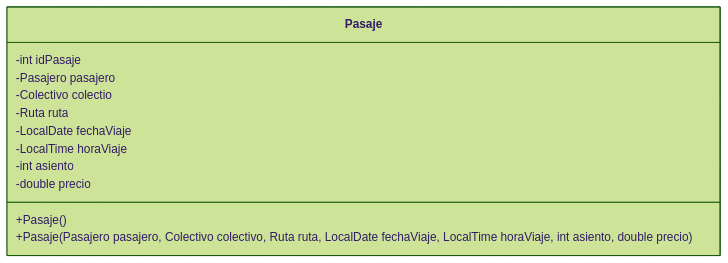
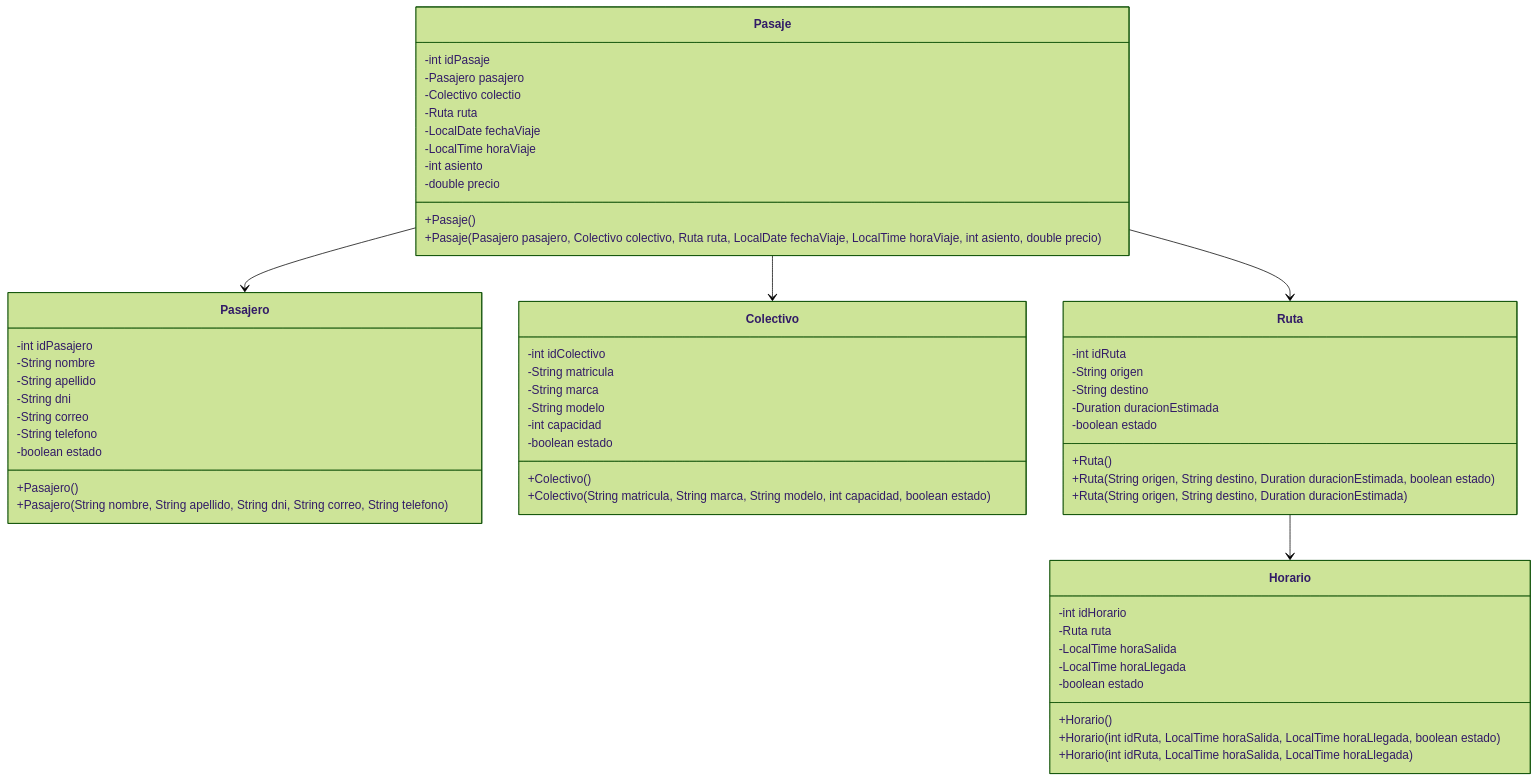
The diagram in EmpresaDeColectivo_Grupo3/src/EmpresaDeColectivo/Entidades/classDiagram.md (adamulp/ProyectoFinal-empresa-de-colectivos), drawn with Mermaid (forest theme) before and after one commit.

````diff
--- a/EmpresaDeColectivo_Grupo3/src/EmpresaDeColectivo/Entidades/classDiagram.md
+++ b/EmpresaDeColectivo_Grupo3/src/EmpresaDeColectivo/Entidades/classDiagram.md
@@ -16,15 +1,63 @@
 ```mermaid
 classDiagram
+    class Pasajero {
+        -int idPasajero
+        -String nombre
+        -String apellido
+        -String dni
+        -String correo
+        -String telefono
+        -boolean estado
+        +Pasajero()
+        +Pasajero(String nombre, String apellido, String dni, String correo, String telefono)
+    }
+
+    class Colectivo {
+        -int idColectivo
+        -String matricula
+        -String marca
+        -String modelo
+        -int capacidad
+        -boolean estado
+        +Colectivo()
+        +Colectivo(String matricula, String marca, String modelo, int capacidad, boolean estado)
+    }
+
+    class Ruta {
+        -int idRuta
+        -String origen
+        -String destino
+        -Duration duracionEstimada
+        -boolean estado
+        +Ruta()
+        +Ruta(String origen, String destino, Duration duracionEstimada, boolean estado)
+        +Ruta(String origen, String destino, Duration duracionEstimada)
+    }
+    class Horario {
+        -int idHorario
+        -Ruta ruta
+        -LocalTime horaSalida
+        -LocalTime horaLlegada
+        -boolean estado
+        +Horario()
+        +Horario(int idRuta, LocalTime horaSalida, LocalTime horaLlegada, boolean estado)
+        +Horario(int idRuta, LocalTime horaSalida, LocalTime horaLlegada)
+    }
+
     class Pasaje {
         -int idPasaje
         -Pasajero pasajero
         -Colectivo colectio
         -Ruta ruta
         -LocalDate fechaViaje
         -LocalTime horaViaje
         -int asiento
         -double precio
         +Pasaje()
         +Pasaje(Pasajero pasajero, Colectivo colectivo, Ruta ruta, LocalDate fechaViaje, LocalTime horaViaje, int asiento, double precio)
     }
+    Pasaje-->Pasajero
+    Pasaje-->Colectivo
+    Pasaje-->Ruta
+    Ruta-->Horario
 ```
````
